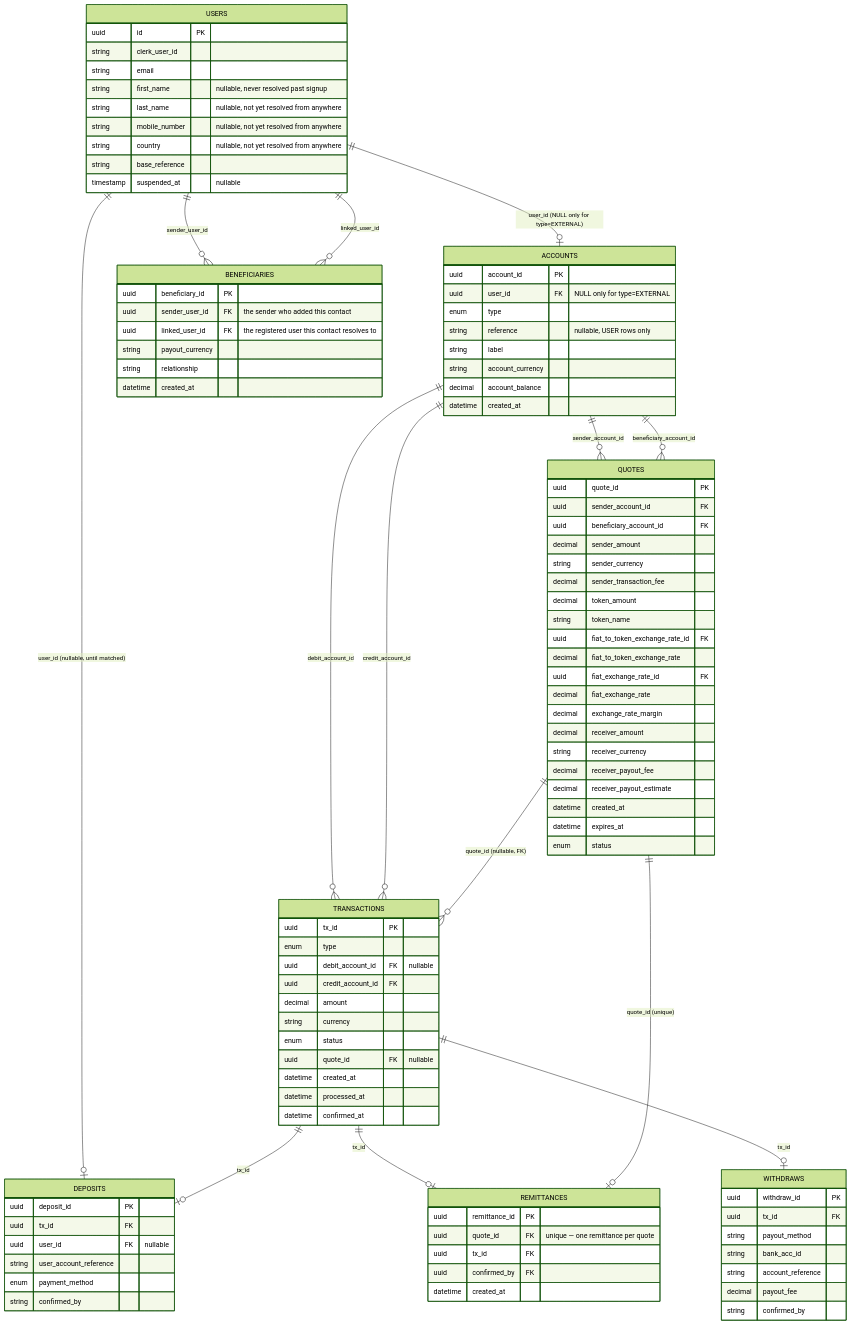
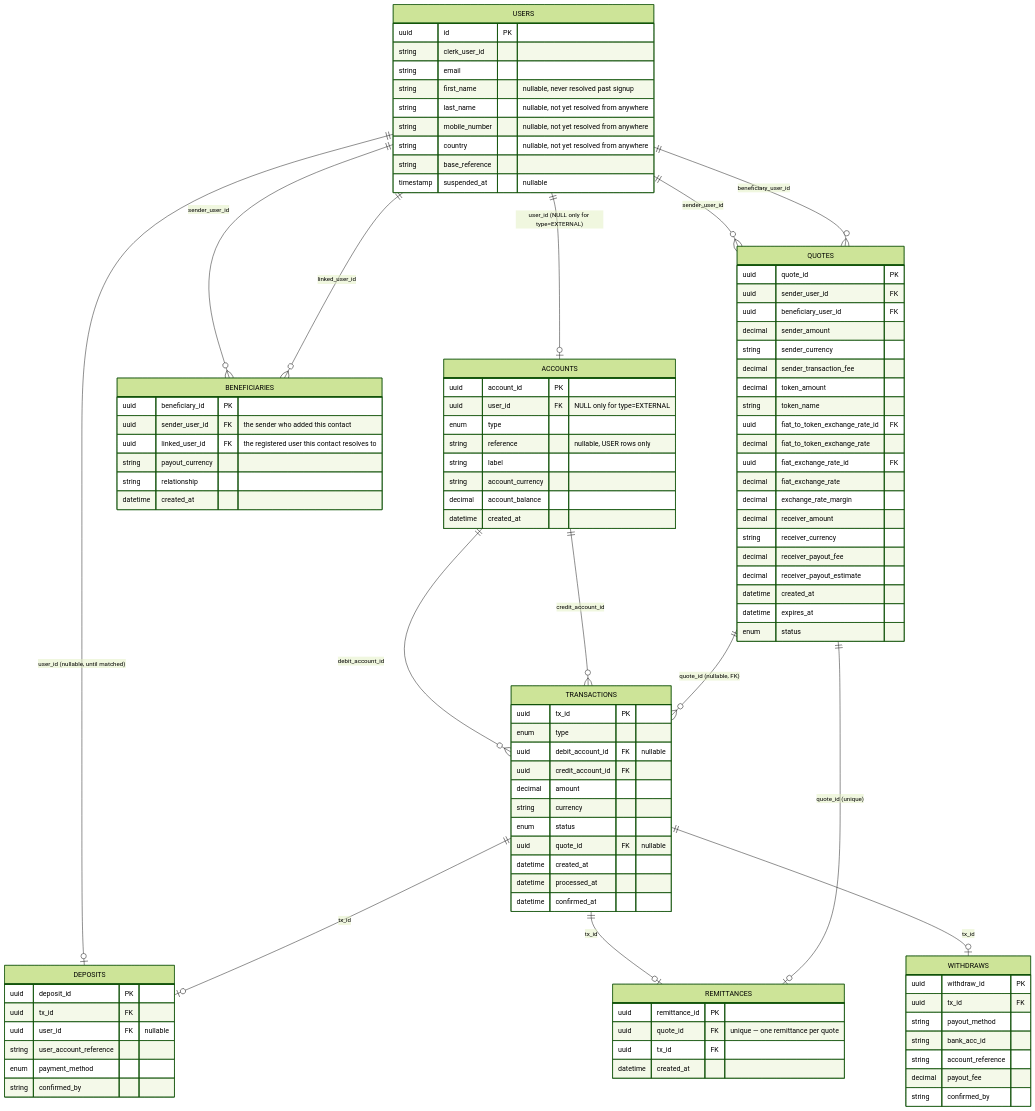
Before and after one commit to Katlego-Sekoele/RemitX: the diagram in api/Transaction_Flow_Context.md, drawn with Mermaid (forest theme). The commit also changed other lines of this file and 33 other files, not shown here.

First line of the commit message:
Redesign quotes around users and settle via a real XRPL testnet burn

```diff
--- a/api/Transaction_Flow_Context.md
+++ b/api/Transaction_Flow_Context.md
@@ -159,10 +175,10 @@
     USERS ||--o| DEPOSITS : "user_id (nullable, until matched)"
     USERS ||--o{ BENEFICIARIES : "sender_user_id"
     USERS ||--o{ BENEFICIARIES : "linked_user_id"
+    USERS ||--o{ QUOTES : "sender_user_id"
+    USERS ||--o{ QUOTES : "beneficiary_user_id"
     ACCOUNTS ||--o{ TRANSACTIONS : "debit_account_id"
     ACCOUNTS ||--o{ TRANSACTIONS : "credit_account_id"
-    ACCOUNTS ||--o{ QUOTES : "sender_account_id"
-    ACCOUNTS ||--o{ QUOTES : "beneficiary_account_id"
     TRANSACTIONS ||--o| DEPOSITS : "tx_id"
     TRANSACTIONS ||--o| REMITTANCES : "tx_id"
     TRANSACTIONS ||--o| WITHDRAWS : "tx_id"
@@ -223,7 +239,6 @@
         uuid remittance_id PK
         uuid quote_id FK "unique — one remittance per quote"
         uuid tx_id FK
-        uuid confirmed_by FK
         datetime created_at
     }
     WITHDRAWS {
@@ -237,8 +252,8 @@
     }
     QUOTES {
         uuid quote_id PK
-        uuid sender_account_id FK
-        uuid beneficiary_account_id FK
+        uuid sender_user_id FK
+        uuid beneficiary_user_id FK
         decimal sender_amount
         string sender_currency
         decimal sender_transaction_fee
```
